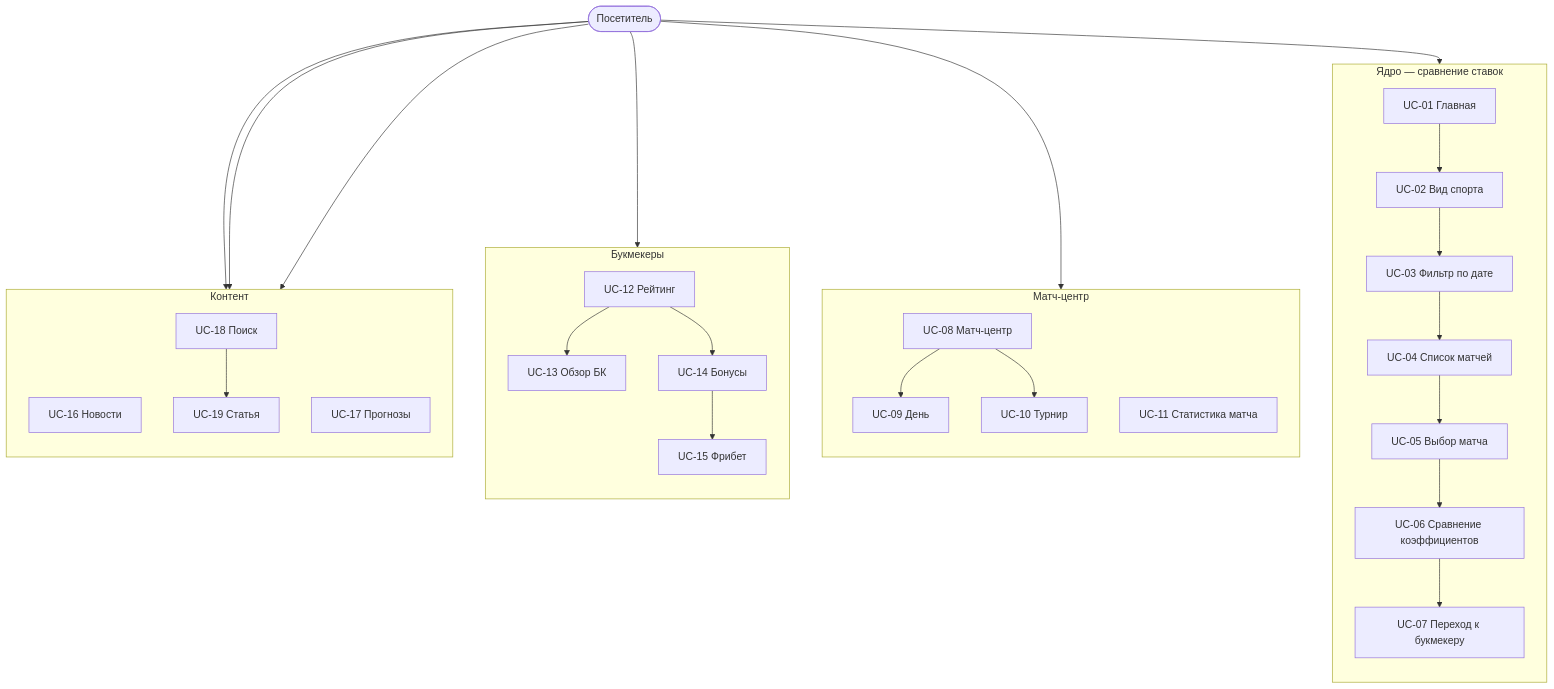
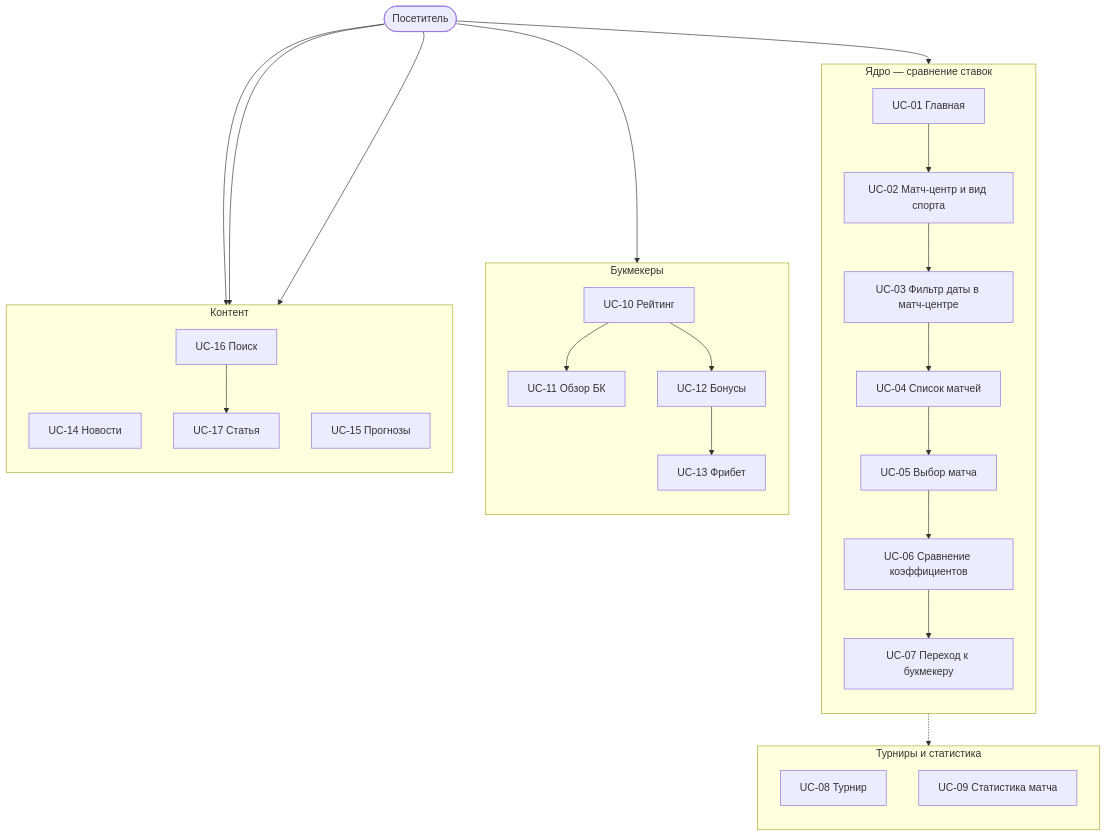
The diagram in docs/Отчет_ЛР3.md (roge111/TPO_3_Lab), drawn with Mermaid before and after one commit. The commit also changed other lines of this file and 9 other files, not shown here.

````diff
--- a/docs/Отчет_ЛР3.md
+++ b/docs/Отчет_ЛР3.md
@@ -57,52 +57,48 @@
 ```mermaid
 flowchart TB
   U(["Посетитель"])
 
   subgraph CORE["Ядро — сравнение ставок"]
     direction TB
     UC01["UC-01 Главная"]
-    UC02["UC-02 Вид спорта"]
-    UC03["UC-03 Фильтр по дате"]
+    UC02["UC-02 Матч-центр и вид спорта"]
+    UC03["UC-03 Фильтр даты в матч-центре"]
     UC04["UC-04 Список матчей"]
     UC05["UC-05 Выбор матча"]
     UC06["UC-06 Сравнение коэффициентов"]
     UC07["UC-07 Переход к букмекеру"]
     UC01 --> UC02 --> UC03 --> UC04 --> UC05 --> UC06 --> UC07
   end
 
-  subgraph STAT["Матч-центр"]
+  subgraph STAT["Турниры и статистика"]
     direction TB
-    UC08["UC-08 Матч-центр"]
-    UC09["UC-09 День"]
-    UC10["UC-10 Турнир"]
-    UC11["UC-11 Статистика матча"]
-    UC08 --> UC09
-    UC08 --> UC10
+    UC08["UC-08 Турнир"]
+    UC09["UC-09 Статистика матча"]
+    UC05 -.-> UC09
   end
 
   subgraph BK["Букмекеры"]
     direction TB
-    UC12["UC-12 Рейтинг"]
-    UC13["UC-13 Обзор БК"]
-    UC14["UC-14 Бонусы"]
-    UC15["UC-15 Фрибет"]
-    UC12 --> UC13
-    UC12 --> UC14 --> UC15
+    UC10["UC-10 Рейтинг"]
+    UC11["UC-11 Обзор БК"]
+    UC12["UC-12 Бонусы"]
+    UC13["UC-13 Фрибет"]
+    UC10 --> UC11
+    UC10 --> UC12 --> UC13
   end
 
   subgraph INFO["Контент"]
     direction TB
-    UC16["UC-16 Новости"]
-    UC17["UC-17 Прогнозы"]
-    UC18["UC-18 Поиск"]
-    UC19["UC-19 Статья"]
-    UC18 --> UC19
+    UC14["UC-14 Новости"]
+    UC15["UC-15 Прогнозы"]
+    UC16["UC-16 Поиск"]
+    UC17["UC-17 Статья"]
+    UC16 --> UC17
   end
 
   U --> UC01
-  U --> UC08
-  U --> UC12
+  U --> UC10
+  U --> UC14
+  U --> UC15
   U --> UC16
-  U --> UC17
-  U --> UC18
 ```
````
